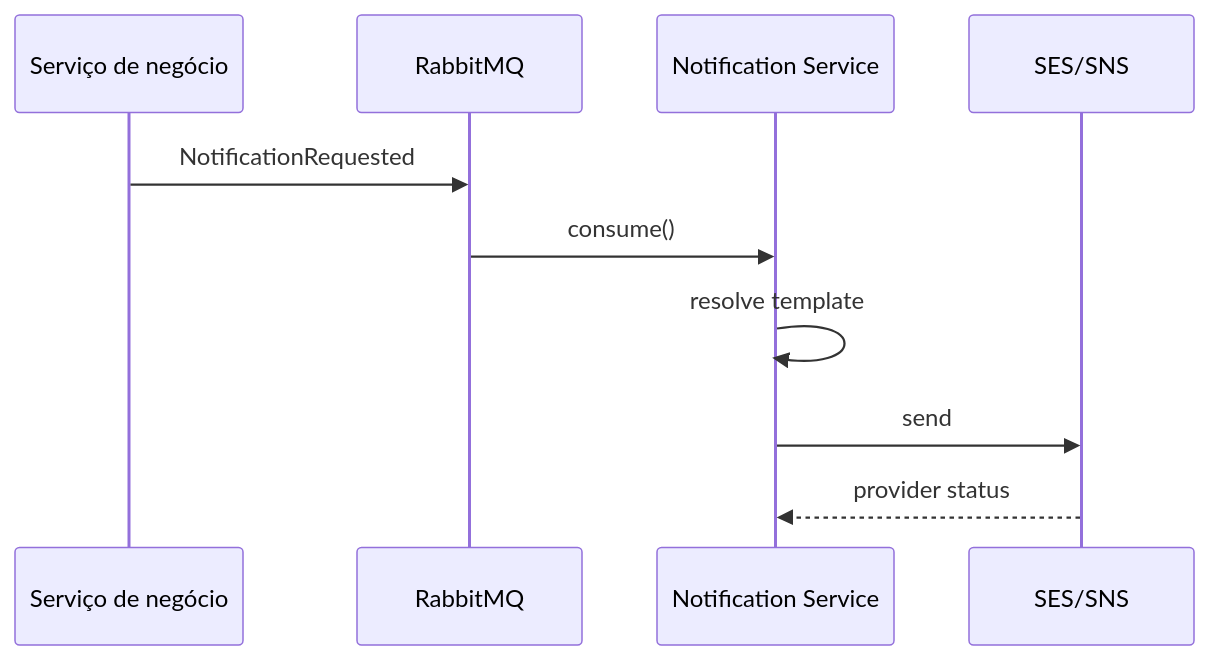
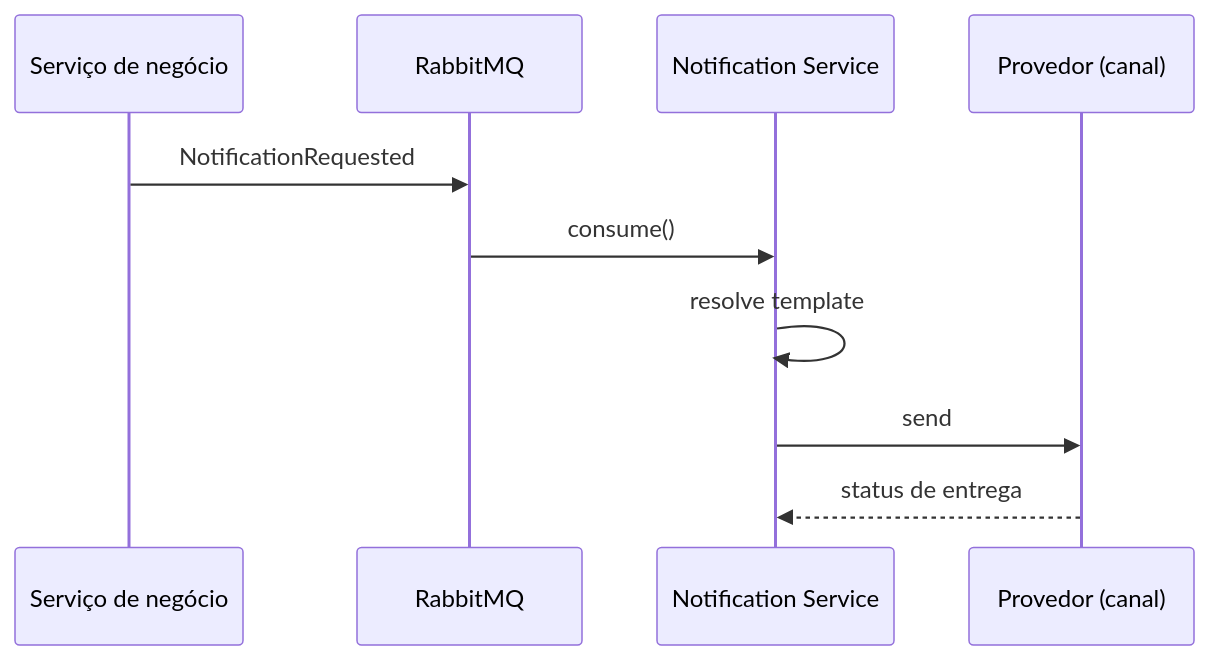
One commit to henriquemarino/henriquemarino.github.io changed the diagram in content/projects/notification-service.mdx. Above: the diagram before and after it, drawn with Mermaid. The commit also changed other lines of this file and 5 other files, not shown here.

````diff
--- a/content/projects/notification-service.mdx
+++ b/content/projects/notification-service.mdx
@@ -22,12 +23,12 @@
 ```mermaid
 sequenceDiagram
   participant Order as Serviço de negócio
   participant Queue as RabbitMQ
   participant Notify as Notification Service
-  participant AWS as SES/SNS
+  participant Provider as Provedor (canal)
   Order->>Queue: NotificationRequested
   Queue->>Notify: consume()
   Notify->>Notify: resolve template
-  Notify->>AWS: send
-  AWS-->>Notify: provider status
+  Notify->>Provider: send
+  Provider-->>Notify: status de entrega
 ```
````
